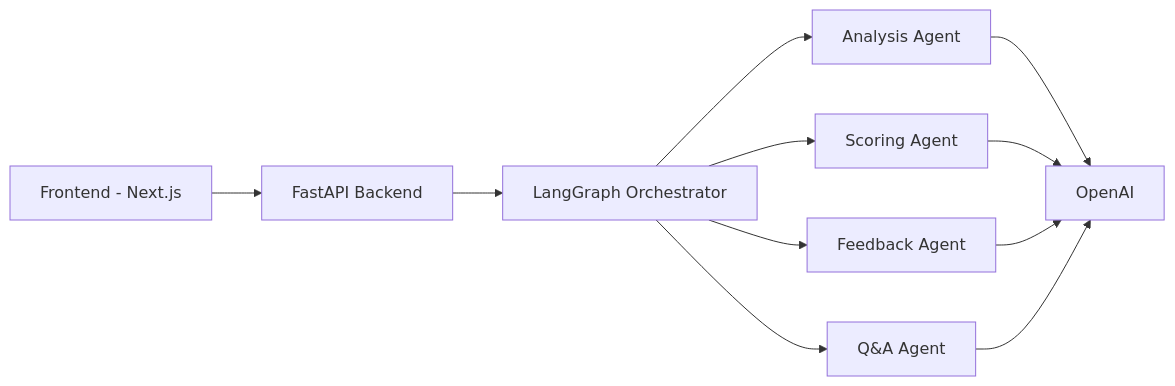
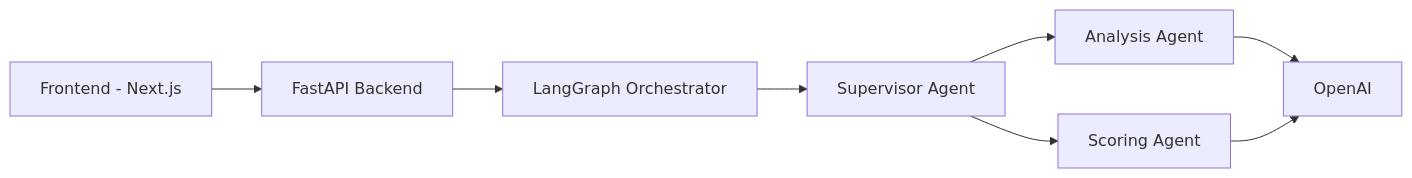
The diagram in README.md (Akshat2634/PitchPilot-AI-Powered-Investor-Deck-Analyzer-Coach), drawn with Mermaid before and after one commit. The commit also changed other lines of this file, not shown here.

First line of the commit message:
Update README.md to reflect changes in AI agent structure and enhance project documentation

````diff
--- a/README.md
+++ b/README.md
@@ -47,13 +44,10 @@
 ```mermaid
 graph LR
     A[Frontend - Next.js] --> B[FastAPI Backend]
     B --> C[LangGraph Orchestrator]
-    C --> D[Analysis Agent]
-    C --> E[Scoring Agent]
-    C --> F[Feedback Agent]
-    C --> G[Q&A Agent]
-    D --> H[OpenAI]
-    E --> H
-    F --> H
-    G --> H
+    C --> D[Supervisor Agent]
+    D --> E[Analysis Agent]
+    D --> F[Scoring Agent]
+    E --> G[OpenAI]
+    F --> G
 ```
````
